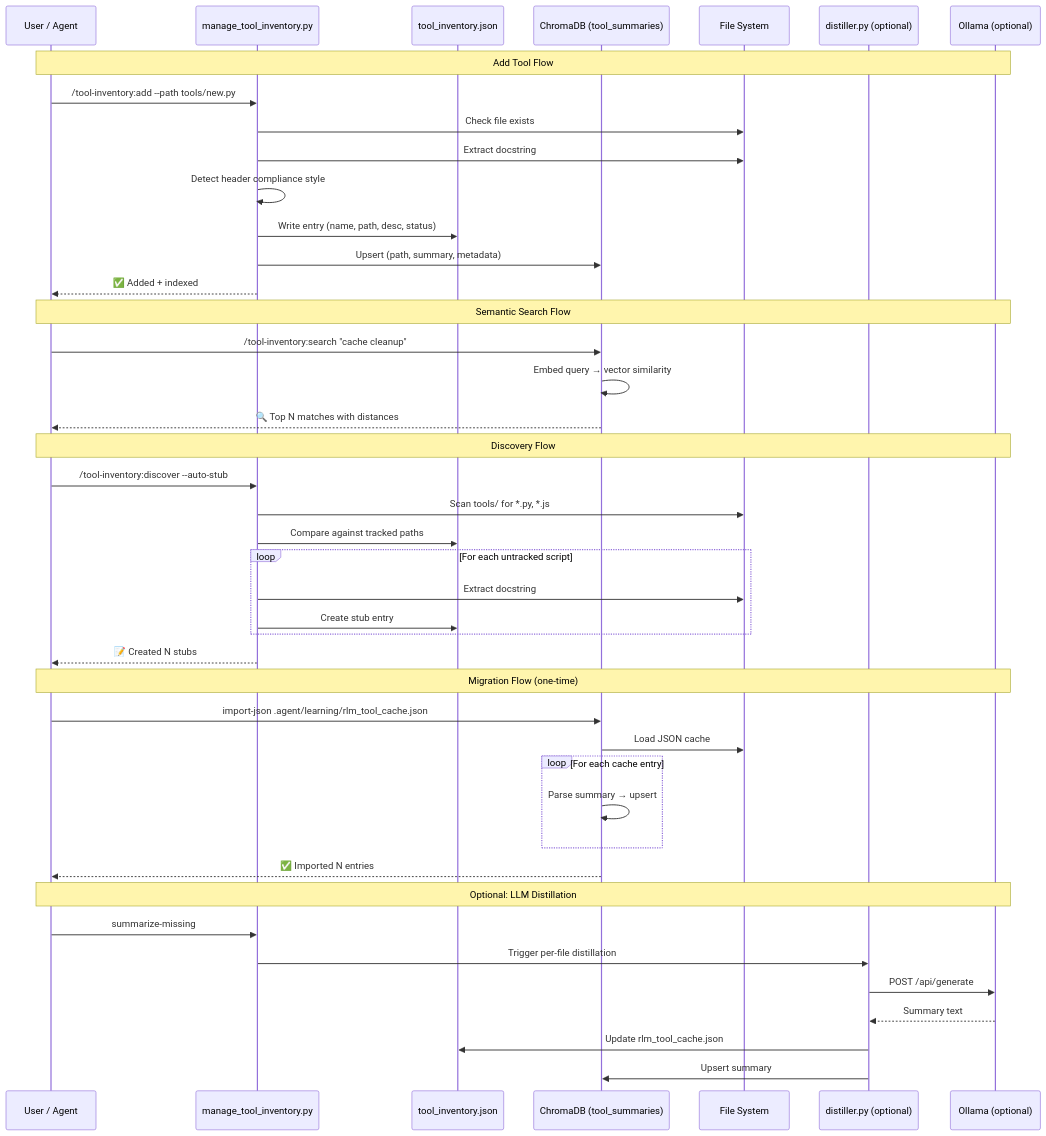
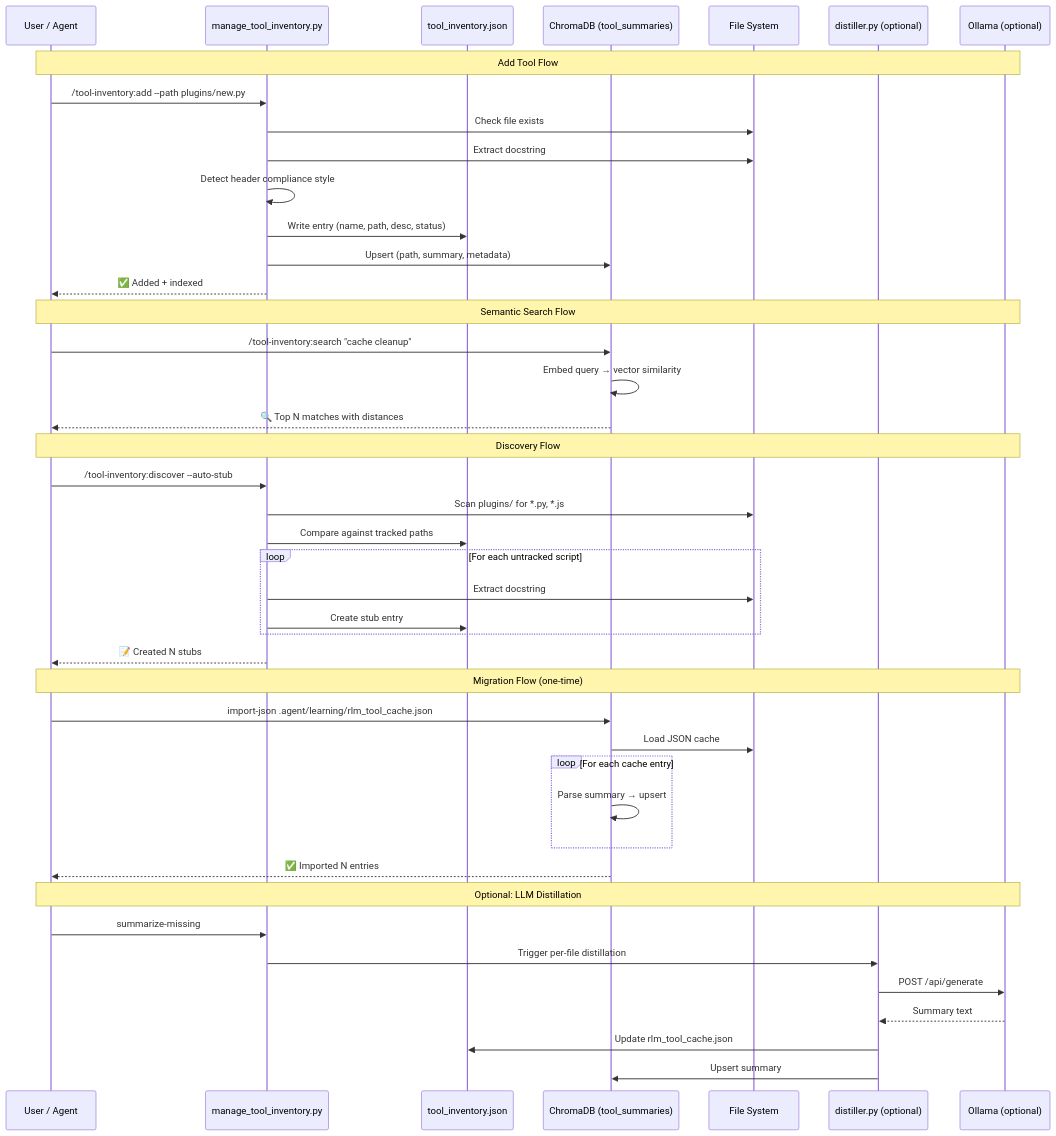
One commit to richfrem/Project_Sanctuary changed the diagram in .agent/skills/tool-inventory/references/tool-inventory-workflow.mmd. Above: the diagram before and after it, drawn with Mermaid. The commit also changed 1329 other files, not shown here.

```diff
--- a/.agent/skills/tool-inventory/references/tool-inventory-workflow.mmd
+++ b/.agent/skills/tool-inventory/references/tool-inventory-workflow.mmd
@@ -1,53 +1,53 @@
 sequenceDiagram
     participant User as User / Agent
     participant CLI as manage_tool_inventory.py
     participant JSON as tool_inventory.json
     participant Chroma as ChromaDB (tool_summaries)
     participant FS as File System
     participant Distiller as distiller.py (optional)
     participant Ollama as Ollama (optional)
 
     Note over User, Ollama: Add Tool Flow
 
-    User->>CLI: /tool-inventory:add --path tools/new.py
+    User->>CLI: /tool-inventory:add --path plugins/new.py
     CLI->>FS: Check file exists
     CLI->>FS: Extract docstring
     CLI->>CLI: Detect header compliance style
     CLI->>JSON: Write entry (name, path, desc, status)
     CLI->>Chroma: Upsert (path, summary, metadata)
     CLI-->>User: ✅ Added + indexed
 
     Note over User, Ollama: Semantic Search Flow
 
     User->>Chroma: /tool-inventory:search "cache cleanup"
     Chroma->>Chroma: Embed query → vector similarity
     Chroma-->>User: 🔍 Top N matches with distances
 
     Note over User, Ollama: Discovery Flow
 
     User->>CLI: /tool-inventory:discover --auto-stub
-    CLI->>FS: Scan tools/ for *.py, *.js
+    CLI->>FS: Scan plugins/ for *.py, *.js
     CLI->>JSON: Compare against tracked paths
     loop For each untracked script
         CLI->>FS: Extract docstring
         CLI->>JSON: Create stub entry
     end
     CLI-->>User: 📝 Created N stubs
 
     Note over User, Ollama: Migration Flow (one-time)
 
     User->>Chroma: import-json .agent/learning/rlm_tool_cache.json
     Chroma->>FS: Load JSON cache
     loop For each cache entry
         Chroma->>Chroma: Parse summary → upsert
     end
     Chroma-->>User: ✅ Imported N entries
 
     Note over User, Ollama: Optional: LLM Distillation
 
     User->>CLI: summarize-missing
     CLI->>Distiller: Trigger per-file distillation
     Distiller->>Ollama: POST /api/generate
     Ollama-->>Distiller: Summary text
     Distiller->>JSON: Update rlm_tool_cache.json
     Distiller->>Chroma: Upsert summary
```
